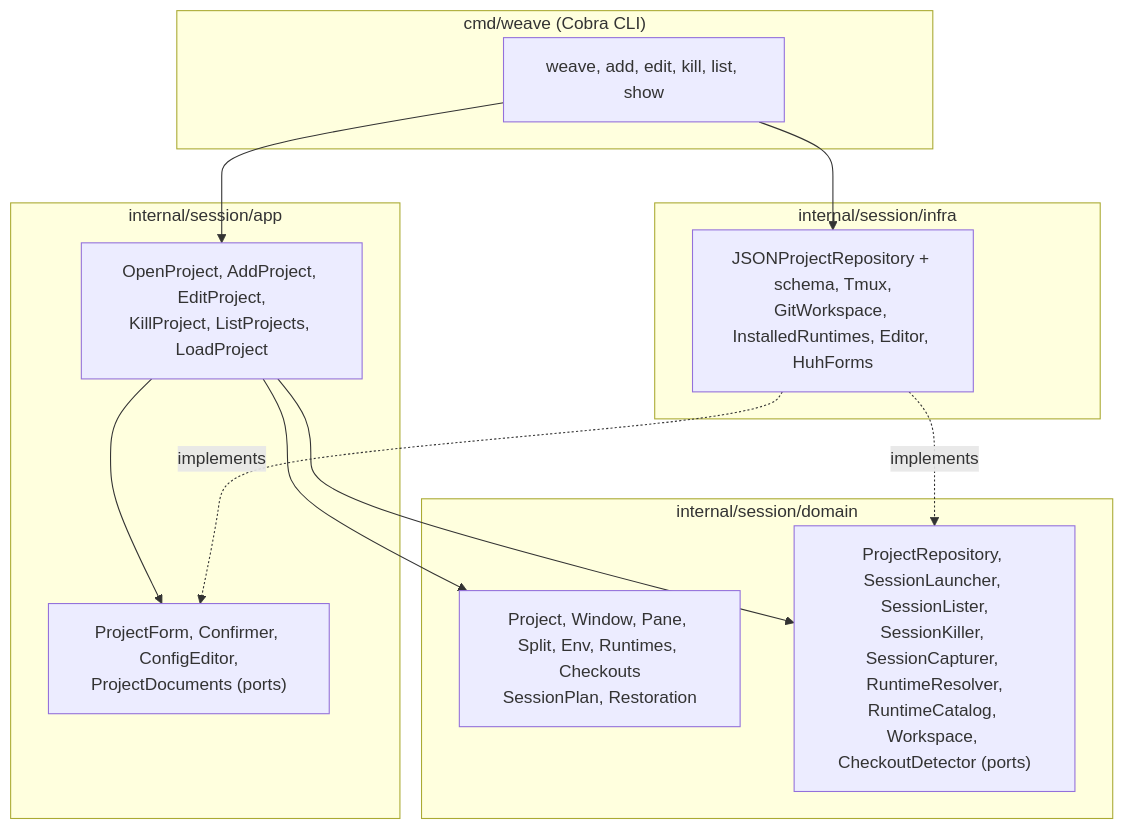
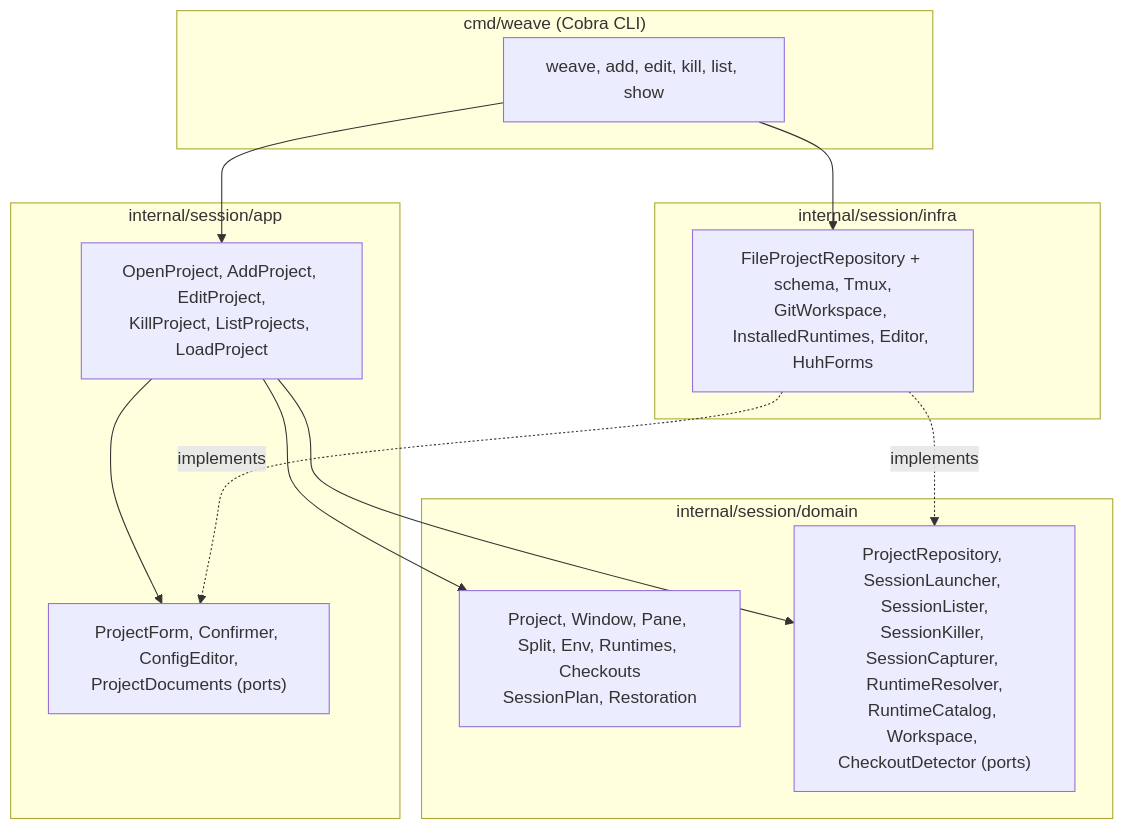
The diagram in README.md (medilies/weaver), drawn with Mermaid before and after one commit. The commit also changed other lines of this file and 17 other files, not shown here.

````diff
--- a/README.md
+++ b/README.md
@@ -153,25 +182,25 @@
 ```mermaid
 graph TD
     subgraph cmd["cmd/weave (Cobra CLI)"]
         CLI["weave, add, edit, kill, list, show"]
     end
     subgraph app["internal/session/app"]
         UC["OpenProject, AddProject, EditProject,<br/>KillProject, ListProjects, LoadProject"]
         AP["ProjectForm, Confirmer, ConfigEditor,<br/>ProjectDocuments (ports)"]
     end
     subgraph domain["internal/session/domain"]
         M["Project, Window, Pane, Split, Env, Runtimes, Checkouts<br/>SessionPlan, Restoration"]
         DP["ProjectRepository, SessionLauncher, SessionLister,<br/>SessionKiller, SessionCapturer, RuntimeResolver,<br/>RuntimeCatalog, Workspace, CheckoutDetector (ports)"]
     end
     subgraph infra["internal/session/infra"]
-        A["JSONProjectRepository + schema, Tmux,<br/>GitWorkspace, InstalledRuntimes, Editor, HuhForms"]
+        A["FileProjectRepository + schema, Tmux,<br/>GitWorkspace, InstalledRuntimes, Editor, HuhForms"]
     end
 
     CLI --> UC
     CLI --> A
     UC --> M
     UC --> DP
     UC --> AP
     A -.implements.-> DP
     A -.implements.-> AP
 ```
````
